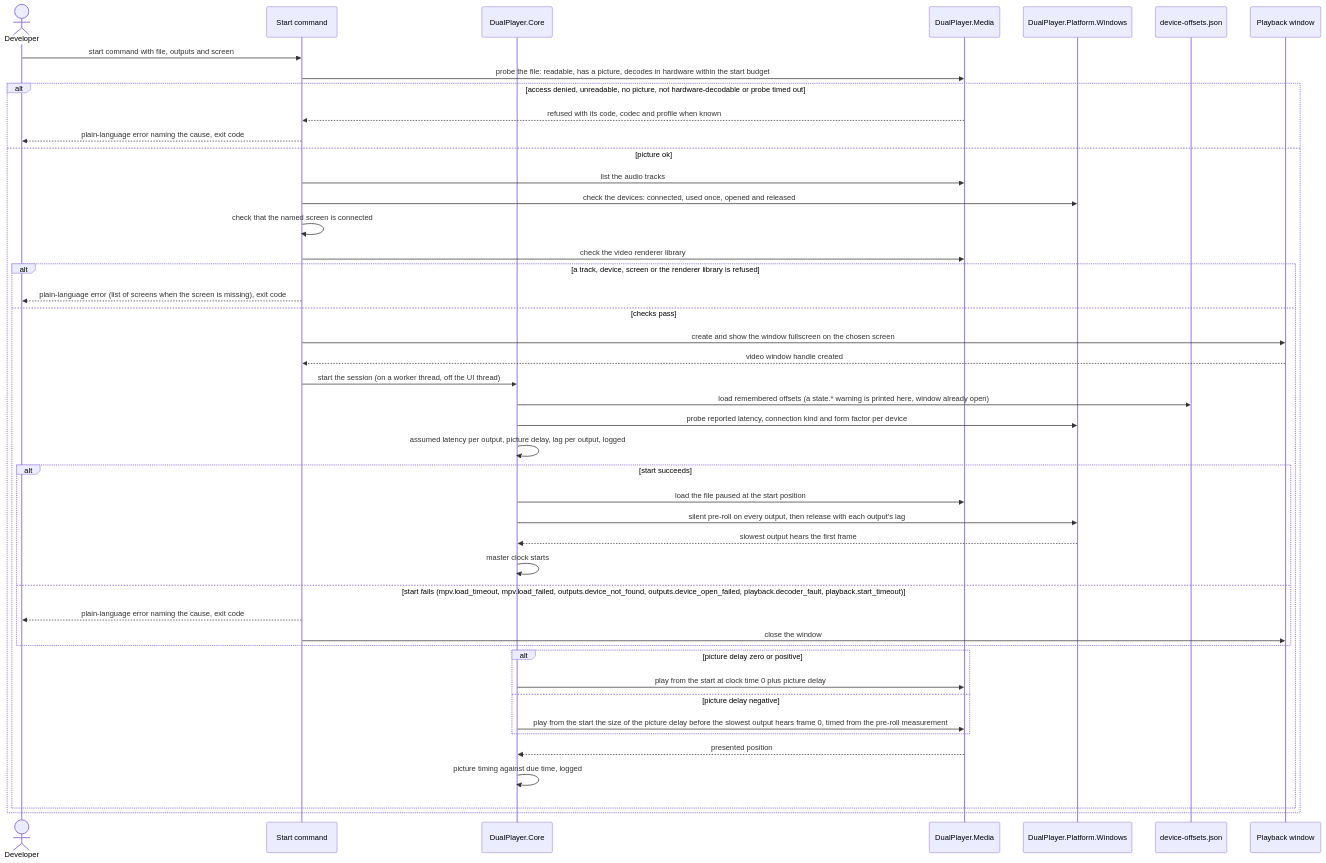
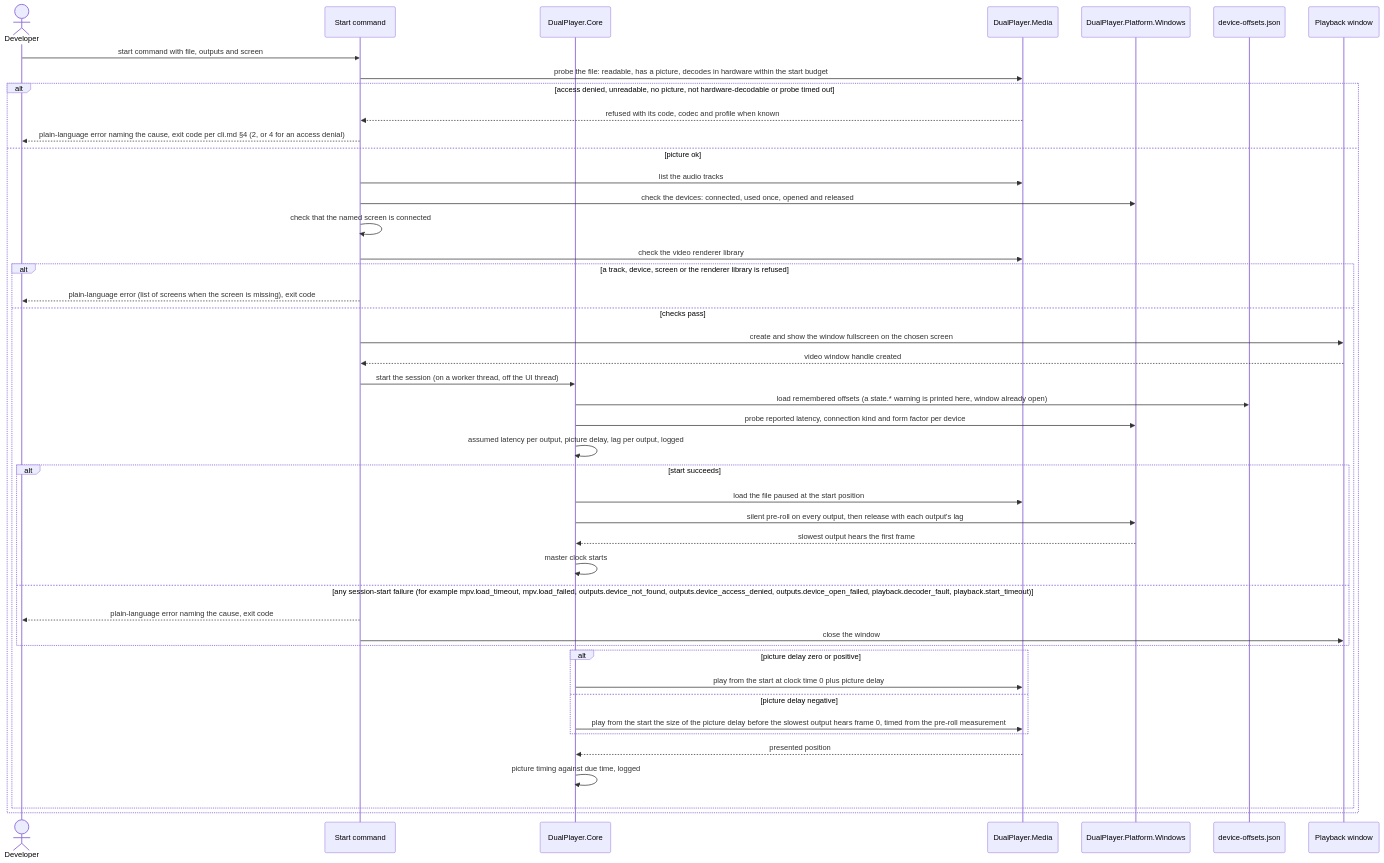
Before and after one commit to PulsarV/DualPlayer: the third of 11 diagrams in docs/features/lip-synced-video/sad.md, drawn with Mermaid. The commit also changed other lines of this file and 12 other files, not shown here.

First line of the commit message:
implement: lip-synced-video T131 Bring screens, ux-flows, sad, cli.md, spec, test-plan and the task trace in step with the start failures, the Esc-during-start path and the cut-probe rule

````diff
--- a/docs/features/lip-synced-video/sad.md
+++ b/docs/features/lip-synced-video/sad.md
@@ -216,47 +216,47 @@
 ```mermaid
 sequenceDiagram
     actor Developer
     participant Cli as Start command
     participant Core as DualPlayer.Core
     participant Media as DualPlayer.Media
     participant Platform as DualPlayer.Platform.Windows
     participant Offsets as device-offsets.json
     participant Window as Playback window
     Developer->>Cli: start command with file, outputs and screen
     Cli->>Media: probe the file: readable, has a picture, decodes in hardware within the start budget
     alt access denied, unreadable, no picture, not hardware-decodable or probe timed out
         Media-->>Cli: refused with its code, codec and profile when known
-        Cli-->>Developer: plain-language error naming the cause, exit code
+        Cli-->>Developer: plain-language error naming the cause, exit code per cli.md §4 (2, or 4 for an access denial)
     else picture ok
         Cli->>Media: list the audio tracks
         Cli->>Platform: check the devices: connected, used once, opened and released
         Cli->>Cli: check that the named screen is connected
         Cli->>Media: check the video renderer library
         alt a track, device, screen or the renderer library is refused
             Cli-->>Developer: plain-language error (list of screens when the screen is missing), exit code
         else checks pass
             Cli->>Window: create and show the window fullscreen on the chosen screen
             Window-->>Cli: video window handle created
             Cli->>Core: start the session (on a worker thread, off the UI thread)
             Core->>Offsets: load remembered offsets (a state.* warning is printed here, window already open)
             Core->>Platform: probe reported latency, connection kind and form factor per device
             Core->>Core: assumed latency per output, picture delay, lag per output, logged
             alt start succeeds
                 Core->>Media: load the file paused at the start position
                 Core->>Platform: silent pre-roll on every output, then release with each output's lag
                 Platform-->>Core: slowest output hears the first frame
                 Core->>Core: master clock starts
-            else start fails (mpv.load_timeout, mpv.load_failed, outputs.device_not_found, outputs.device_open_failed, playback.decoder_fault, playback.start_timeout)
+            else any session-start failure (for example mpv.load_timeout, mpv.load_failed, outputs.device_not_found, outputs.device_access_denied, outputs.device_open_failed, playback.decoder_fault, playback.start_timeout)
                 Cli-->>Developer: plain-language error naming the cause, exit code
                 Cli->>Window: close the window
             end
             alt picture delay zero or positive
                 Core->>Media: play from the start at clock time 0 plus picture delay
             else picture delay negative
                 Core->>Media: play from the start the size of the picture delay before the slowest output hears frame 0, timed from the pre-roll measurement
             end
             Media-->>Core: presented position
             Core->>Core: picture timing against due time, logged
         end
     end
 ```
````
